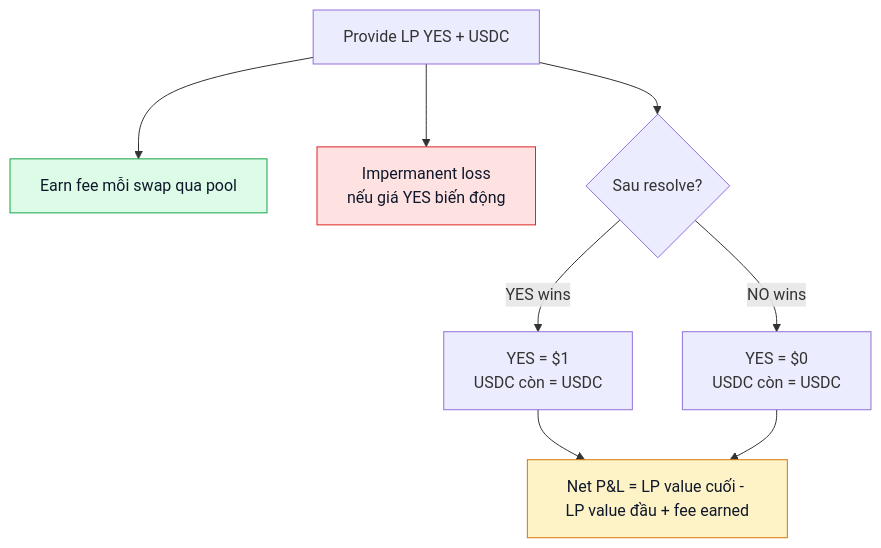
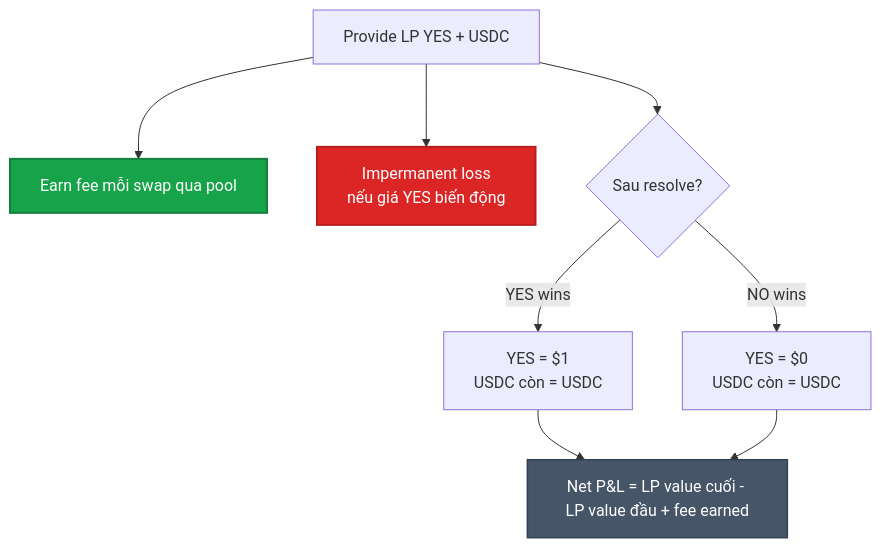
The first of 2 diagrams in vi_v6/huong-dan/cung-cap-thanh-khoan.md (PrediX-Protocol/predix-docs), drawn with Mermaid before and after one commit. The commit also changed other lines of this file and 32 other files, not shown here.

First line of the commit message:
docs(vi_v6): redesign Mermaid theme — solid mid-tone palette + dark theme

````diff
--- a/vi_v6/huong-dan/cung-cap-thanh-khoan.md
+++ b/vi_v6/huong-dan/cung-cap-thanh-khoan.md
@@ -14,17 +14,17 @@
 ```mermaid
 flowchart TD
     LP[Provide LP YES + USDC] --> Earn[Earn fee mỗi swap qua pool]
     LP --> IL[Impermanent loss<br/>nếu giá YES biến động]
     LP --> Final{Sau resolve?}
     Final -->|YES wins| YesWin[YES = $1<br/>USDC còn = USDC]
     Final -->|NO wins| NoWin[YES = $0<br/>USDC còn = USDC]
     YesWin --> PnL[Net P&L = LP value cuối - LP value đầu + fee earned]
     NoWin --> PnL
 
-    classDef good fill:#dcfce7,stroke:#16a34a,color:#0f172a
-    classDef bad fill:#fee2e2,stroke:#dc2626,color:#0f172a
-    classDef neutral fill:#fef3c7,stroke:#d97706,color:#0f172a
+    classDef good fill:#16a34a,stroke:#15803d,color:#fff,stroke-width:2px
+    classDef bad fill:#dc2626,stroke:#b91c1c,color:#fff,stroke-width:2px
+    classDef neutral fill:#475569,stroke:#334155,color:#fff,stroke-width:1.5px
     class Earn good
     class IL bad
     class PnL neutral
 ```
````
